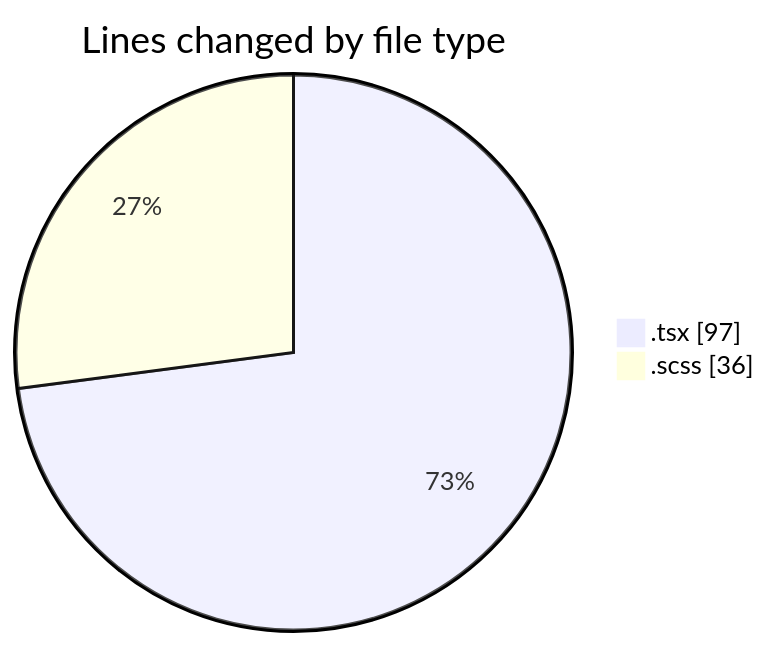
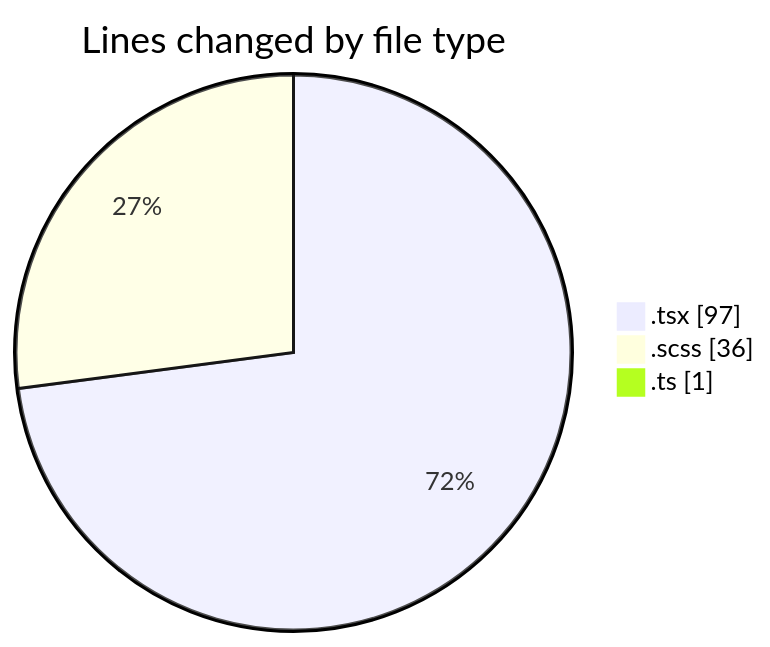
One commit to momahboobian/code-tracking changed the first of 2 diagrams in 2026-10-30/cda/README.md. Above: the diagram before and after it, drawn with Mermaid. The commit also changed other lines of this file and 1 other file, not shown here.

````diff
--- a/2026-10-30/cda/README.md
+++ b/2026-10-30/cda/README.md
@@ -21,6 +22,7 @@
 ```mermaid
 pie showData
 title Lines changed by file type
 ".tsx" : 97
 ".scss" : 36
+".ts" : 1
 ```
````
